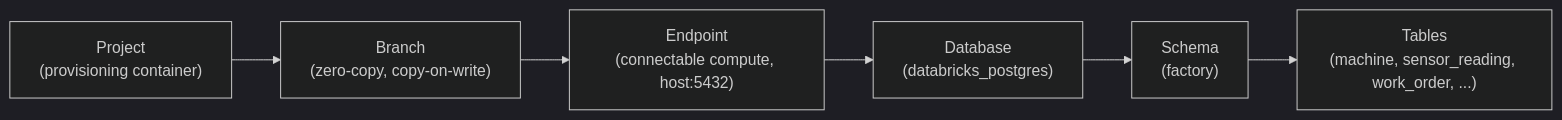
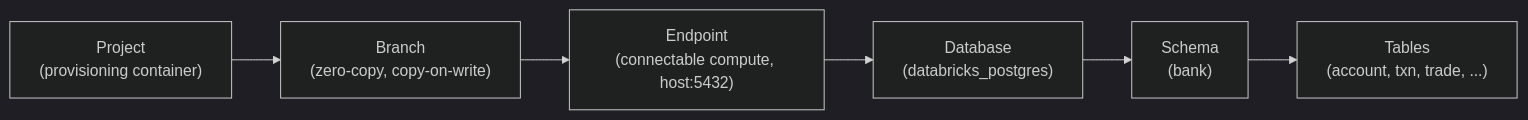
One commit to honnuanand/databricks-lakebase-workshop-mexicocity changed the diagram in 00-setup/README.md. Above: the diagram before and after it, drawn with Mermaid (dark theme). The commit also changed other lines of this file and 13 other files, not shown here.

````diff
--- a/00-setup/README.md
+++ b/00-setup/README.md
@@ -37,8 +37,8 @@
 ```mermaid
 flowchart LR
   P["Project<br/>(provisioning container)"] --> B["Branch<br/>(zero-copy, copy-on-write)"]
   B --> E["Endpoint<br/>(connectable compute, host:5432)"]
   E --> D["Database<br/>(databricks_postgres)"]
-  D --> S["Schema<br/>(factory)"]
-  S --> T["Tables<br/>(machine, sensor_reading, work_order, ...)"]
+  D --> S["Schema<br/>(bank)"]
+  S --> T["Tables<br/>(account, txn, trade, ...)"]
 ```
````
